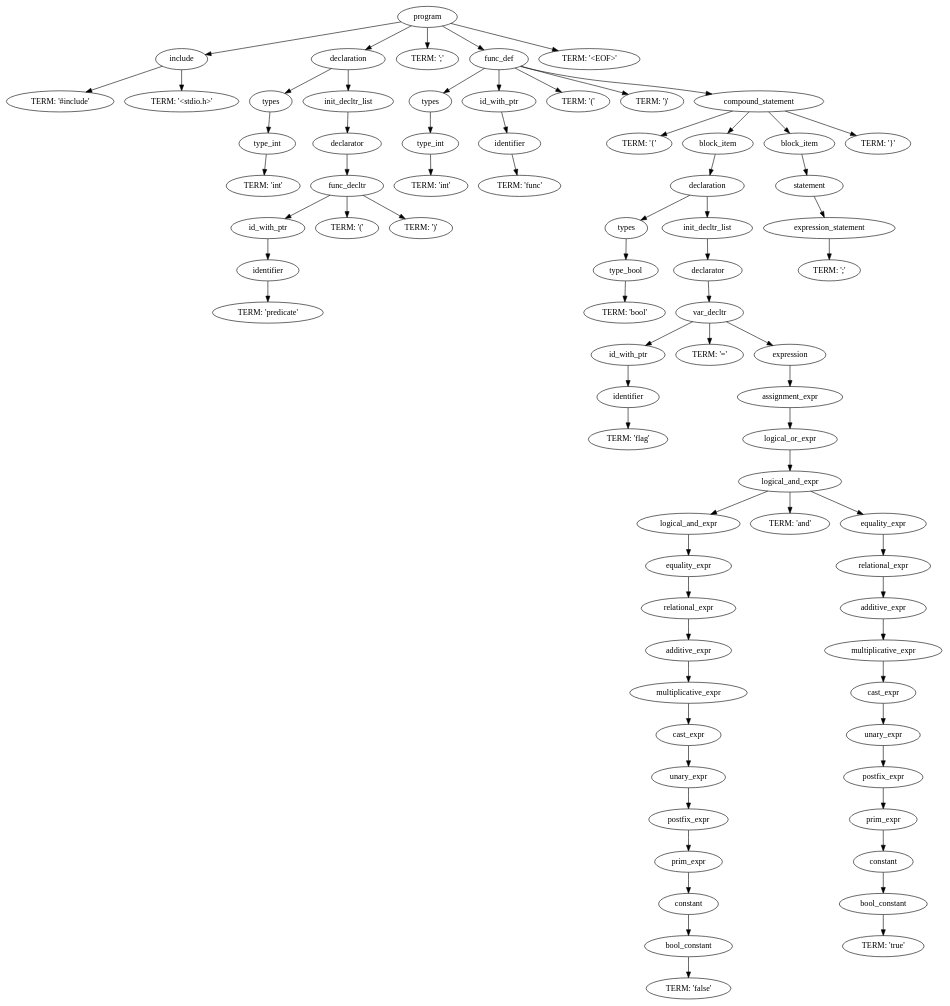
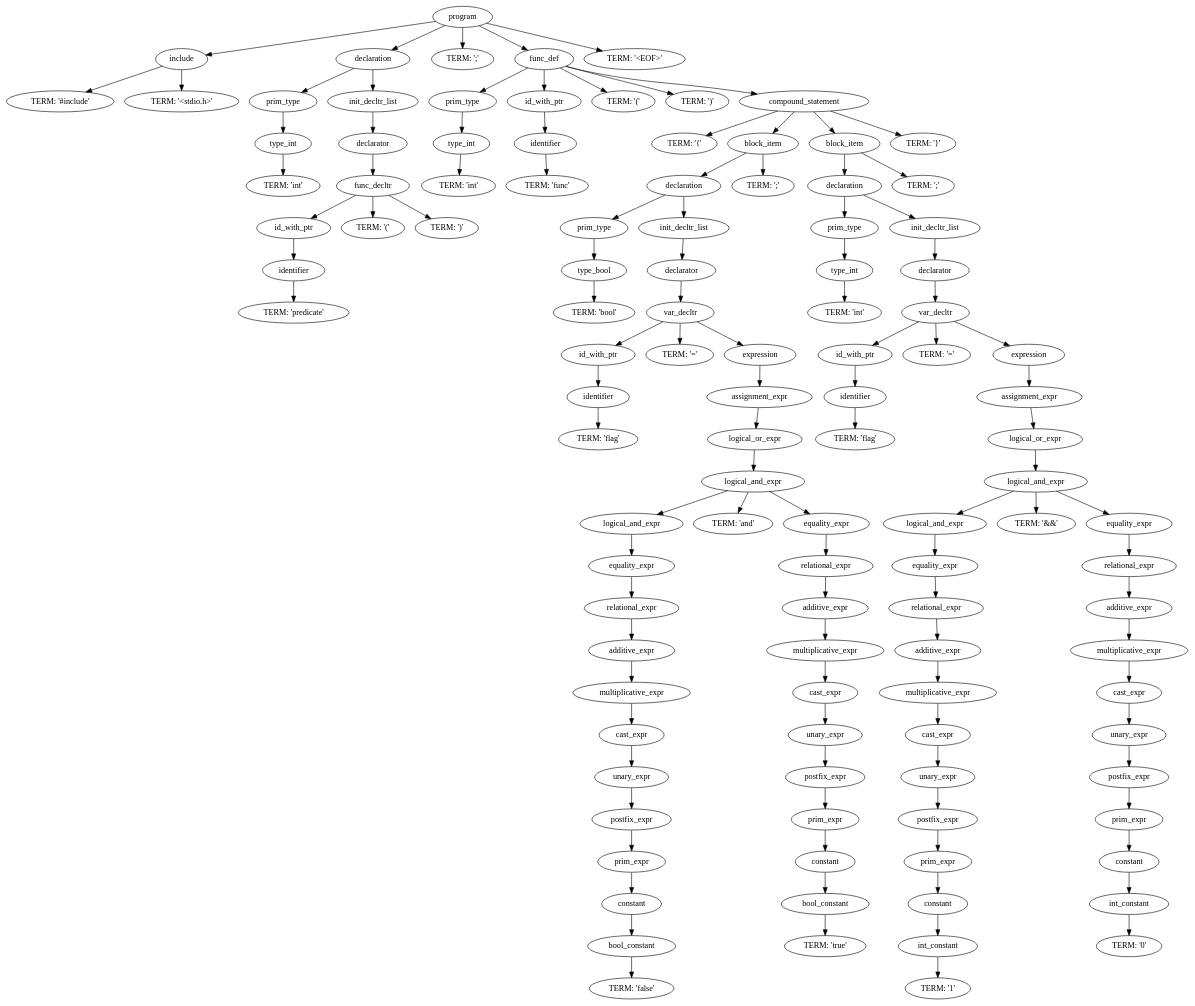
Before and after one commit to DeSchepperCedric/C-Compiler: the diagram in output.dot, drawn with Graphviz. The commit also changed 4 other files, not shown here.

```diff
--- a/output.dot
+++ b/output.dot
@@ -9,7 +9,7 @@
 	0 -> 4;
 	4 [label="declaration"];
 	4 -> 5;
-	5 [label="types"];
+	5 [label="prim_type"];
 	5 -> 6;
 	6 [label="type_int"];
 	6 -> 7;
@@ -35,7 +35,7 @@
 	0 -> 17;
 	17 [label="func_def"];
 	17 -> 18;
-	18 [label="types"];
+	18 [label="prim_type"];
 	18 -> 19;
 	19 [label="type_int"];
 	19 -> 20;
@@ -59,7 +59,7 @@
 	28 -> 29;
 	29 [label="declaration"];
 	29 -> 30;
-	30 [label="types"];
+	30 [label="prim_type"];
 	30 -> 31;
 	31 [label="type_bool"];
 	31 -> 32;
@@ -134,16 +134,92 @@
 	66 [label="bool_constant"];
 	66 -> 67;
 	67 [label="TERM: 'true'"];
-	26 -> 68;
-	68 [label="block_item"];
-	68 -> 69;
-	69 [label="statement"];
+	28 -> 68;
+	68 [label="TERM: ';'"];
+	26 -> 69;
+	69 [label="block_item"];
 	69 -> 70;
-	70 [label="expression_statement"];
+	70 [label="declaration"];
 	70 -> 71;
-	71 [label="TERM: ';'"];
-	26 -> 72;
-	72 [label="TERM: '}'"];
-	0 -> 73;
-	73 [label="TERM: '<EOF>'"];
+	71 [label="prim_type"];
+	71 -> 72;
+	72 [label="type_int"];
+	72 -> 73;
+	73 [label="TERM: 'int'"];
+	70 -> 74;
+	74 [label="init_decltr_list"];
+	74 -> 75;
+	75 [label="declarator"];
+	75 -> 76;
+	76 [label="var_decltr"];
+	76 -> 77;
+	77 [label="id_with_ptr"];
+	77 -> 78;
+	78 [label="identifier"];
+	78 -> 79;
+	79 [label="TERM: 'flag'"];
+	76 -> 80;
+	80 [label="TERM: '='"];
+	76 -> 81;
+	81 [label="expression"];
+	81 -> 82;
+	82 [label="assignment_expr"];
+	82 -> 83;
+	83 [label="logical_or_expr"];
+	83 -> 84;
+	84 [label="logical_and_expr"];
+	84 -> 85;
+	85 [label="logical_and_expr"];
+	85 -> 86;
+	86 [label="equality_expr"];
+	86 -> 87;
+	87 [label="relational_expr"];
+	87 -> 88;
+	88 [label="additive_expr"];
+	88 -> 89;
+	89 [label="multiplicative_expr"];
+	89 -> 90;
+	90 [label="cast_expr"];
+	90 -> 91;
+	91 [label="unary_expr"];
+	91 -> 92;
+	92 [label="postfix_expr"];
+	92 -> 93;
+	93 [label="prim_expr"];
+	93 -> 94;
+	94 [label="constant"];
+	94 -> 95;
+	95 [label="int_constant"];
+	95 -> 96;
+	96 [label="TERM: '1'"];
+	84 -> 97;
+	97 [label="TERM: '&&'"];
+	84 -> 98;
+	98 [label="equality_expr"];
+	98 -> 99;
+	99 [label="relational_expr"];
+	99 -> 100;
+	100 [label="additive_expr"];
+	100 -> 101;
+	101 [label="multiplicative_expr"];
+	101 -> 102;
+	102 [label="cast_expr"];
+	102 -> 103;
+	103 [label="unary_expr"];
+	103 -> 104;
+	104 [label="postfix_expr"];
+	104 -> 105;
+	105 [label="prim_expr"];
+	105 -> 106;
+	106 [label="constant"];
+	106 -> 107;
+	107 [label="int_constant"];
+	107 -> 108;
+	108 [label="TERM: '0'"];
+	69 -> 109;
+	109 [label="TERM: ';'"];
+	26 -> 110;
+	110 [label="TERM: '}'"];
+	0 -> 111;
+	111 [label="TERM: '<EOF>'"];
 }
```
